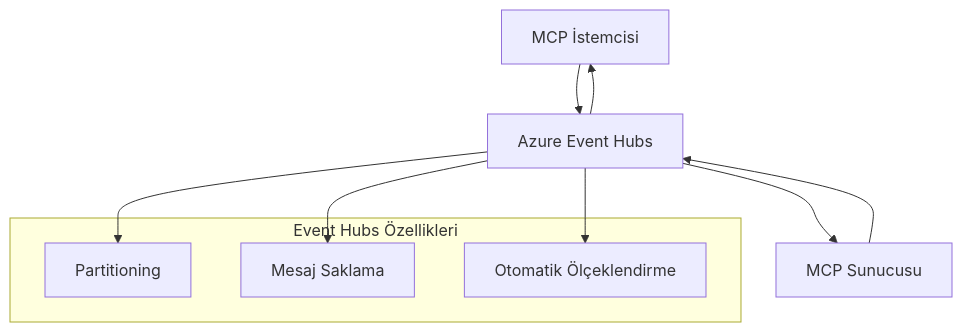
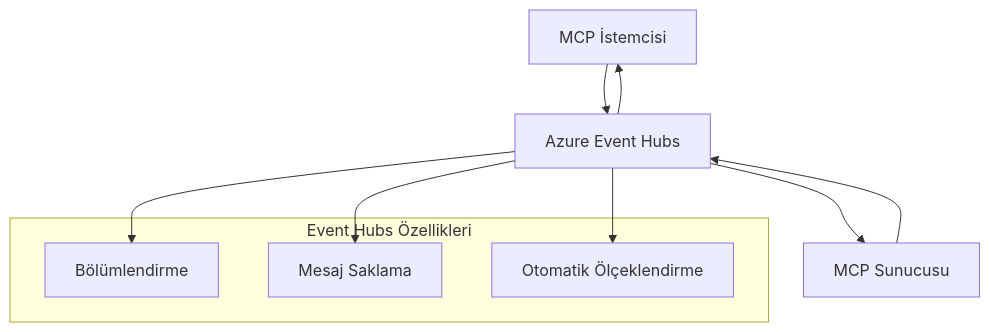
Before and after one commit to HIDORAKAI002/ai-workspace-archive: the second of 2 diagrams in mcp_ecosystem__model_context_protocol/mcp_learning_resources/mcp-for-beginners/translations/tr/05-AdvancedTopics/mcp-transport/README.md, drawn with Mermaid. The commit also changed other lines of this file and 1046 other files, not shown here.

````diff
--- a/mcp_ecosystem__model_context_protocol/mcp_learning_resources/mcp-for-beginners/translations/tr/05-AdvancedTopics/mcp-transport/README.md
+++ b/mcp_ecosystem__model_context_protocol/mcp_learning_resources/mcp-for-beginners/translations/tr/05-AdvancedTopics/mcp-transport/README.md
@@ -270,17 +272,17 @@
 ```mermaid
 graph TB
     Client[MCP İstemcisi] --> EH[Azure Event Hubs]
     EH --> Server[MCP Sunucusu]
     Server --> EH
     EH --> Client
     
     subgraph "Event Hubs Özellikleri"
-        Partition[Partitioning]
+        Partition[Bölümlendirme]
         Retention[Mesaj Saklama]
         Scaling[Otomatik Ölçeklendirme]
     end
     
     EH --> Partition
     EH --> Retention
     EH --> Scaling
 ```
````
